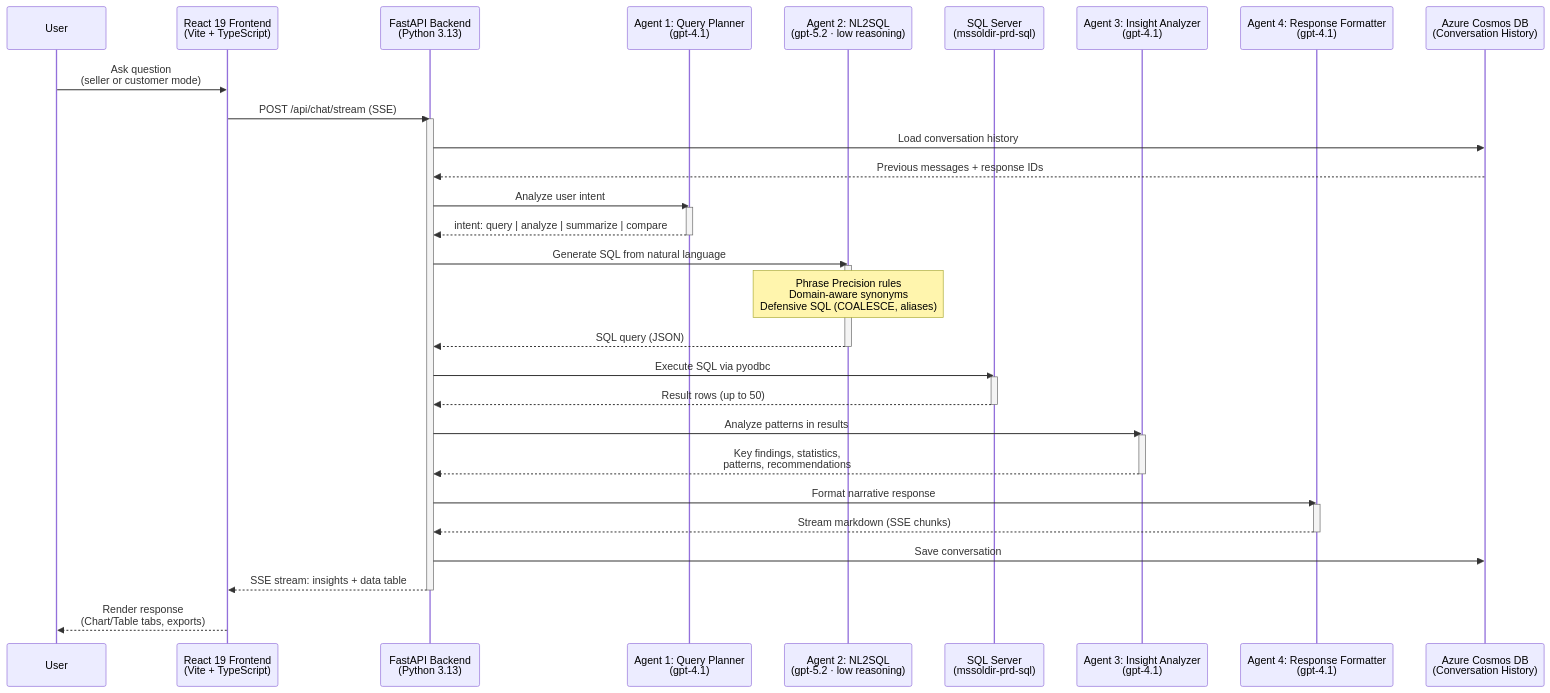
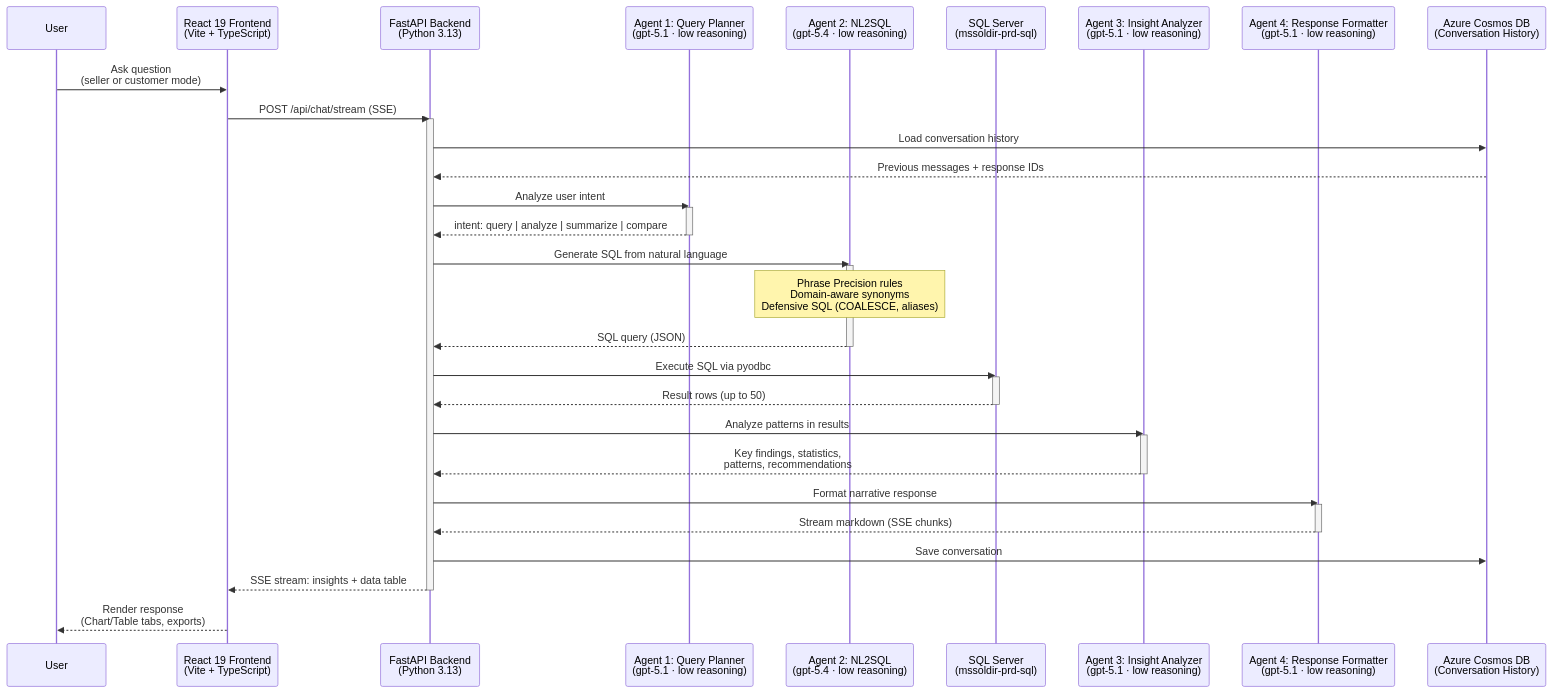
Before and after one commit to Arturo-Quiroga-MSFT/Industry-Solutions-Directory-PRO-Code: the second of 2 diagrams in ARCHITECTURE.md, drawn with Mermaid. The commit also changed other lines of this file and 125 other files, not shown here.

````diff
--- a/ARCHITECTURE.md
+++ b/ARCHITECTURE.md
@@ -107,50 +93,50 @@
 ```mermaid
 sequenceDiagram
     participant U as User
     participant FE as React 19 Frontend<br/>(Vite + TypeScript)
     participant API as FastAPI Backend<br/>(Python 3.13)
-    participant QP as Agent 1: Query Planner<br/>(gpt-4.1)
-    participant SQL as Agent 2: NL2SQL<br/>(gpt-5.2 · low reasoning)
+    participant QP as Agent 1: Query Planner<br/>(gpt-5.1 · low reasoning)
+    participant SQL as Agent 2: NL2SQL<br/>(gpt-5.4 · low reasoning)
     participant DB as SQL Server<br/>(mssoldir-prd-sql)
-    participant IA as Agent 3: Insight Analyzer<br/>(gpt-4.1)
-    participant RF as Agent 4: Response Formatter<br/>(gpt-4.1)
+    participant IA as Agent 3: Insight Analyzer<br/>(gpt-5.1 · low reasoning)
+    participant RF as Agent 4: Response Formatter<br/>(gpt-5.1 · low reasoning)
     participant Cosmos as Azure Cosmos DB<br/>(Conversation History)
 
     U->>FE: Ask question<br/>(seller or customer mode)
     FE->>API: POST /api/chat/stream (SSE)
     activate API
 
     API->>Cosmos: Load conversation history
     Cosmos-->>API: Previous messages + response IDs
 
     API->>QP: Analyze user intent
     activate QP
     QP-->>API: intent: query | analyze | summarize | compare
     deactivate QP
 
     API->>SQL: Generate SQL from natural language
     activate SQL
     Note over SQL: Phrase Precision rules<br/>Domain-aware synonyms<br/>Defensive SQL (COALESCE, aliases)
     SQL-->>API: SQL query (JSON)
     deactivate SQL
 
     API->>DB: Execute SQL via pyodbc
     activate DB
     DB-->>API: Result rows (up to 50)
     deactivate DB
 
     API->>IA: Analyze patterns in results
     activate IA
     IA-->>API: Key findings, statistics,<br/>patterns, recommendations
     deactivate IA
 
     API->>RF: Format narrative response
     activate RF
     RF-->>API: Stream markdown (SSE chunks)
     deactivate RF
 
     API->>Cosmos: Save conversation
     API-->>FE: SSE stream: insights + data table
     deactivate API
     FE-->>U: Render response<br/>(Chart/Table tabs, exports)
 ```
````
